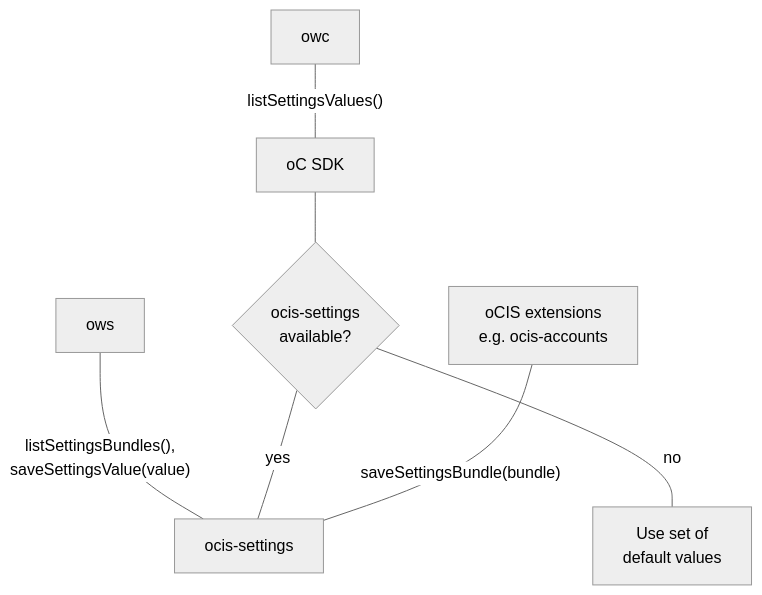
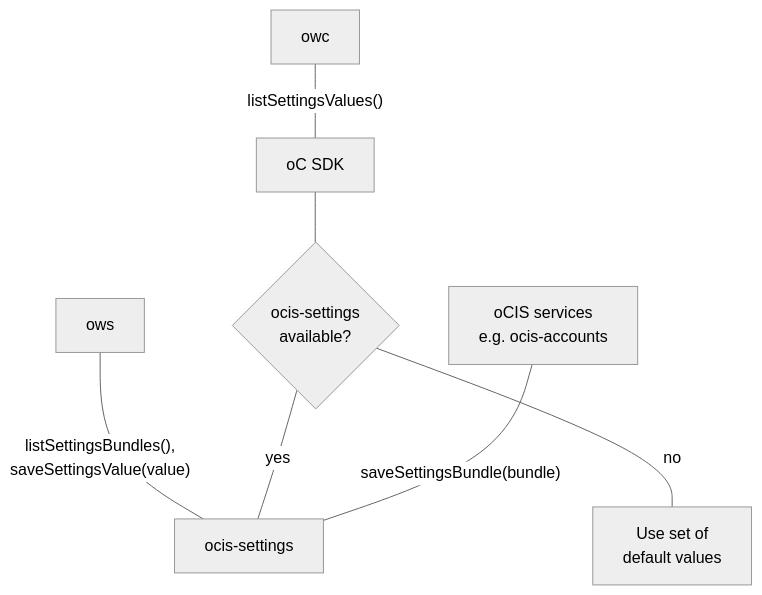
The diagram in docs/services/settings/_index.md (owncloud/ocis), drawn with Mermaid (neutral theme) before and after one commit. The commit also changed other lines of this file and 8 other files, not shown here.

Commit message:
Replace the legacy Extensions with Services

```diff
--- a/docs/services/settings/_index.md
+++ b/docs/services/settings/_index.md
@@ -17,9 +17,9 @@
 {{< mermaid class="text-center">}}
 graph TD
     ows ---|"listSettingsBundles(),<br>saveSettingsValue(value)"| os[ocis-settings]
     owc ---|"listSettingsValues()"| sdk[oC SDK]
     sdk --- sdks{ocis-settings<br>available?}
     sdks ---|"yes"| os
     sdks ---|"no"| defaults[Use set of<br>default values]
-    oa[oCIS extensions<br>e.g. ocis-accounts] ---|"saveSettingsBundle(bundle)"| os
+    oa[oCIS services<br>e.g. ocis-accounts] ---|"saveSettingsBundle(bundle)"| os
 {{< /mermaid >}}
```
